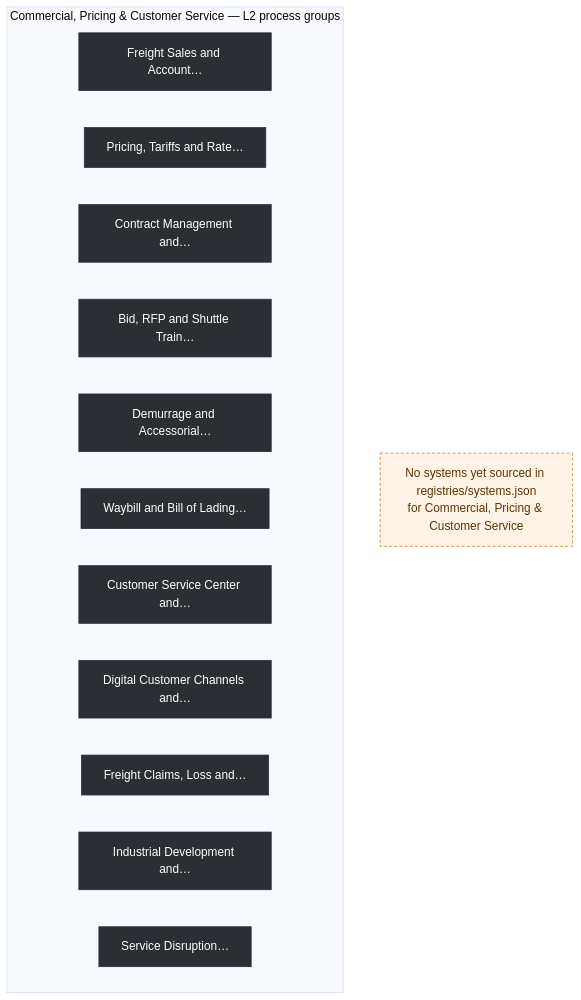
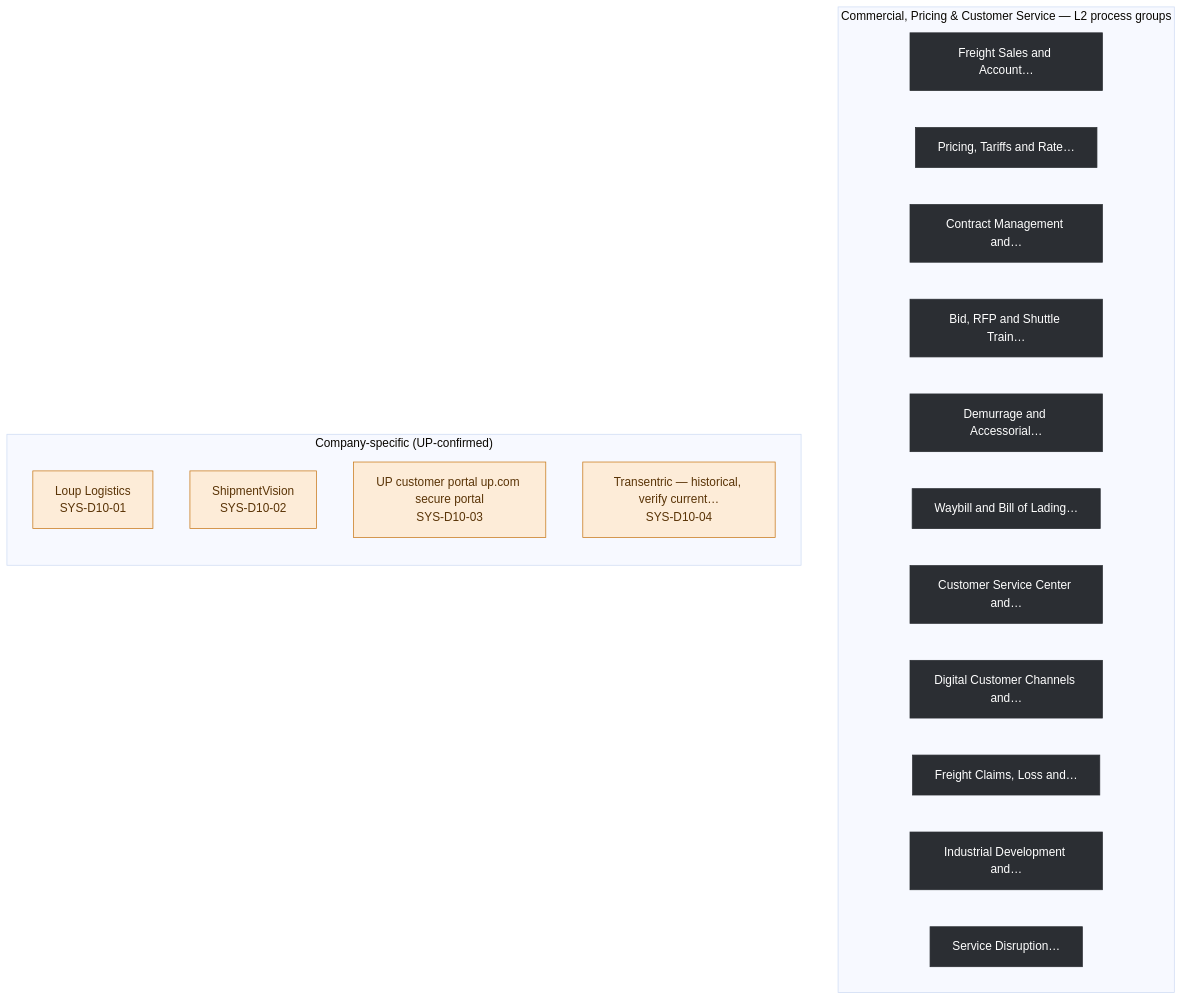
One commit to ghatk047/rail-wiki changed the diagram in ea-diagrams/rr-10-commercial-pricing-customer-service.mmd. Above: the diagram before and after it, drawn with Mermaid. The commit also changed 16 other files, not shown here.

```diff
--- a/ea-diagrams/rr-10-commercial-pricing-customer-service.mmd
+++ b/ea-diagrams/rr-10-commercial-pricing-customer-service.mmd
@@ -1,27 +1,33 @@
 %%{init: {'flowchart': {'curve': 'basis'}, 'theme':'base'}}%%
 flowchart TB
 
   subgraph PROCS["Commercial, Pricing & Customer Service — L2 process groups"]
     direction LR
     G1["Freight Sales and Account…"]:::l2
     G2["Pricing, Tariffs and Rate…"]:::l2
     G3["Contract Management and…"]:::l2
     G4["Bid, RFP and Shuttle Train…"]:::l2
     G5["Demurrage and Accessorial…"]:::l2
     G6["Waybill and Bill of Lading…"]:::l2
     G7["Customer Service Center and…"]:::l2
     G8["Digital Customer Channels and…"]:::l2
     G9["Freight Claims, Loss and…"]:::l2
     G10["Industrial Development and…"]:::l2
     G11["Service Disruption…"]:::l2
   end
 
-  NONE["No systems yet sourced in registries/systems.json\nfor Commercial, Pricing & Customer Service"]:::empty
+  subgraph COMPANY["Company-specific (UP-confirmed)"]
+    direction TB
+    C1["Loup Logistics\nSYS-D10-01"]:::company
+    C2["ShipmentVision\nSYS-D10-02"]:::company
+    C3["UP customer portal up.com secure portal\nSYS-D10-03"]:::company
+    C4["Transentric — historical, verify current…\nSYS-D10-04"]:::company
+  end
 
   %% No generated process yet cites a system in this domain -- no usage edges to draw
 
 classDef l2 fill:#2b2e33,color:#fff,stroke:#2b2e33
 classDef company fill:#fdecd8,stroke:#c8791a,color:#5a3407
 classDef industry fill:#e6e9ec,stroke:#5c5f66,color:#2b2e33
 classDef other fill:#f2f2f0,stroke:#9a9da3,color:#3d4348
 classDef empty fill:#fff4e5,stroke:#c8791a,color:#5a3407,stroke-dasharray: 4 3
```
